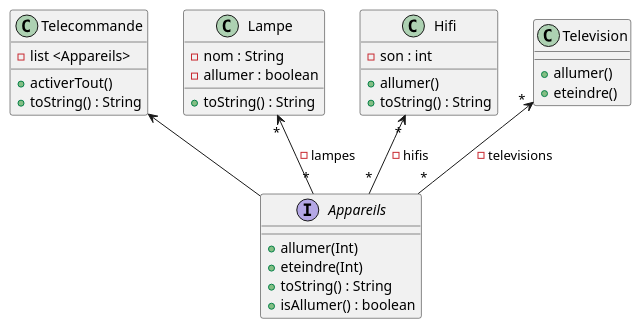
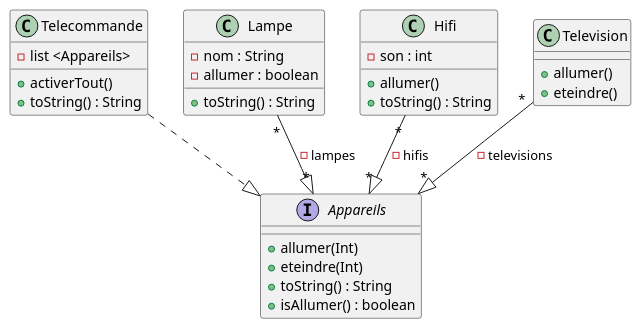
The diagram in images/Q8.puml (Antonin10800/2022_coo_domotique_Robert_Akir_Ayred), drawn with PlantUML before and after one commit.

Commit message:
Modification shema UML

```diff
--- a/images/Q8.puml
+++ b/images/Q8.puml
@@ -1,42 +1,42 @@
 @startuml
 'https://plantuml.com/sequence-diagram
 
 
 class Telecommande{
     - list <Appareils>
 
 
    + activerTout()
    + toString() : String
 }
 class (Lampe){
 - nom : String
 - allumer : boolean
 
 + toString() : String
 
 }
 class Hifi{
 - son : int
 + allumer()
 + toString() : String
 }
 
 class Television{
 
 +allumer()
 +eteindre()
 }
 
 interface Appareils{
 + allumer(Int)
 + eteindre(Int)
 + toString() : String
 + isAllumer() : boolean
 }
 
-Hifi"*" <-- "*"Appareils : - hifis
-Lampe "*"<--"*" Appareils : -lampes
-Television "*"<--"*" Appareils : -televisions
-Telecommande <-- Appareils
+Hifi"*" --|> "*"Appareils : - hifis
+Lampe "*"--|>"*" Appareils : -lampes
+Television "*"--|>"*" Appareils : -televisions
+Telecommande ..|>   Appareils
 @enduml
```
